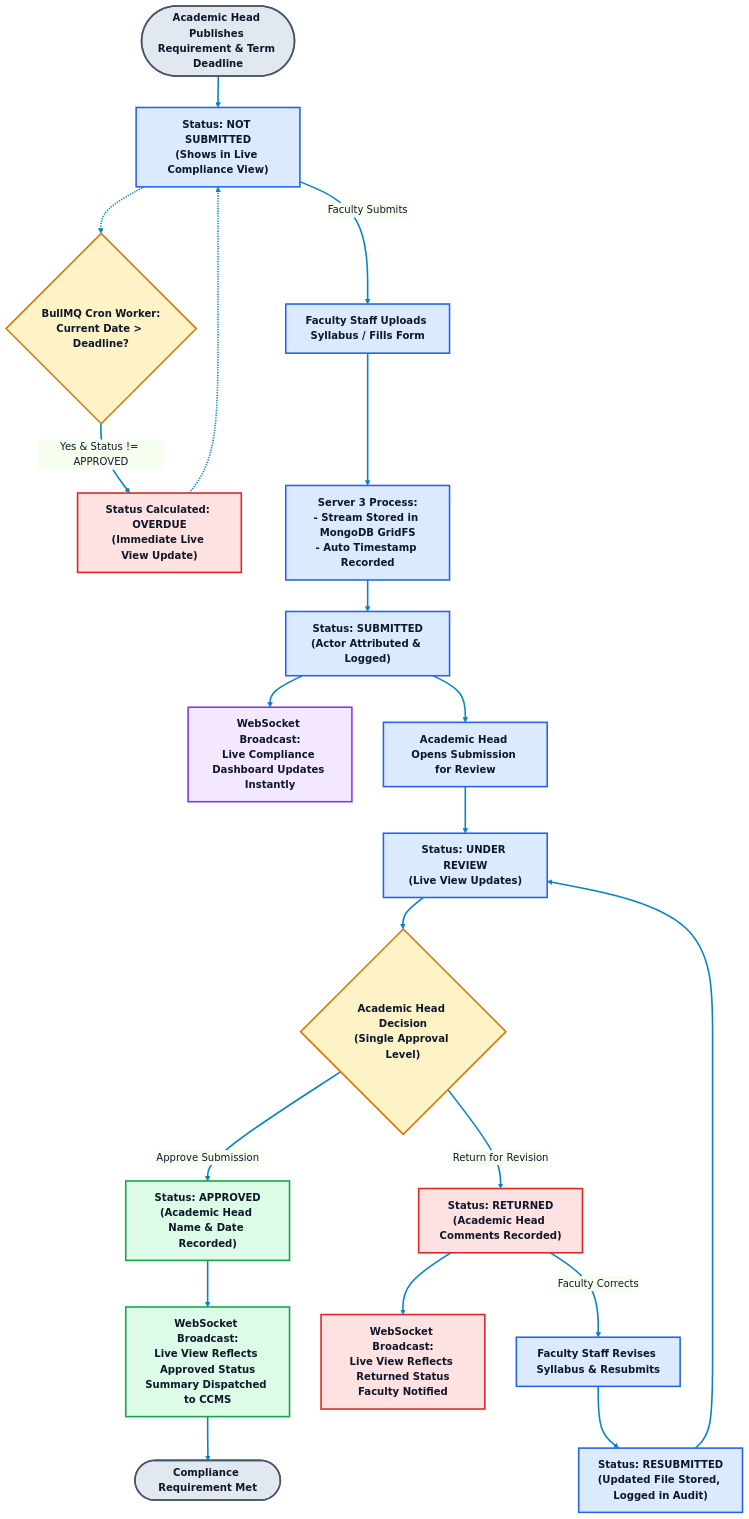
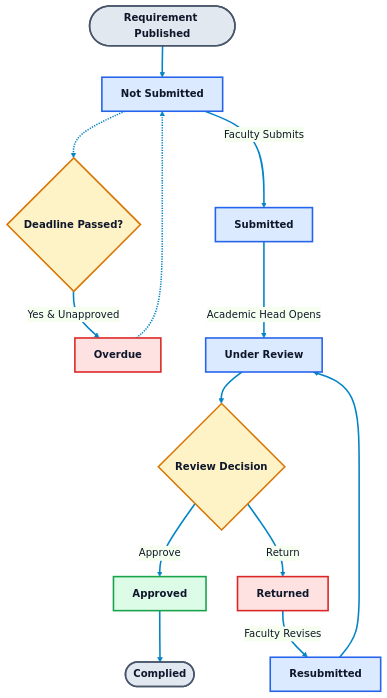
Before and after one commit to EducRodTablizo/Capstone-SCMS: the sixth of 7 diagrams in docs/system_architecture_and_diagrams.md, drawn with Mermaid. The commit also changed other lines of this file and 70 other files, not shown here.

````diff
--- a/docs/system_architecture_and_diagrams.md
+++ b/docs/system_architecture_and_diagrams.md
@@ -358,69 +354,39 @@
 ```mermaid
 %%{init: {'theme': 'base', 'themeVariables': { 'background': '#FFFFFF', 'primaryColor': '#EFF6FF', 'primaryTextColor': '#0F172A', 'primaryBorderColor': '#1E293B', 'lineColor': '#0284C7' }}}%%
 flowchart TD
     classDef startNode fill:#E2E8F0,stroke:#475569,stroke-width:2.5px,color:#0F172A,font-weight:bold;
     classDef stateNode fill:#DBEAFE,stroke:#2563EB,stroke-width:2.5px,color:#0F172A,font-weight:bold;
     classDef decNode fill:#FEF3C7,stroke:#D97706,stroke-width:2.5px,color:#0F172A,font-weight:bold;
     classDef successNode fill:#DCFCE7,stroke:#16A34A,stroke-width:2.5px,color:#0F172A,font-weight:bold;
     classDef returnNode fill:#FEE2E2,stroke:#DC2626,stroke-width:2.5px,color:#0F172A,font-weight:bold;
-    classDef liveNode fill:#F3E8FF,stroke:#7C3AED,stroke-width:2.5px,color:#0F172A,font-weight:bold;
 
-    Start([Academic Head Publishes Requirement & Term Deadline]):::startNode
-    NotSubmitted["Status: NOT SUBMITTED\n(Shows in Live Compliance View)"]:::stateNode
+    Start([Requirement Published]):::startNode
+    NotSubmitted["Not Submitted"]:::stateNode
     Start --> NotSubmitted
 
-    %% Overdue Check
-    CronCheck{"BullMQ Cron Worker:\nCurrent Date > Deadline?"}:::decNode
+    %% Overdue Timer Evaluation
+    CronCheck{"Deadline Passed?"}:::decNode
     NotSubmitted -.-> CronCheck
-    CronCheck -- "Yes & Status != APPROVED" --> FlagOverdue["Status Calculated: OVERDUE\n(Immediate Live View Update)"]:::returnNode
-    FlagOverdue -.-> NotSubmitted
+    CronCheck -- "Yes & Unapproved" --> Overdue["Overdue"]:::returnNode
+    Overdue -.-> NotSubmitted
 
-    %% Submission Action
-    FacultyUpload["Faculty Staff Uploads Syllabus / Fills Form"]:::stateNode
-    NotSubmitted -->|Faculty Submits| FacultyUpload
+    %% Submission Event
+    NotSubmitted -->|Faculty Submits| Submitted["Submitted"]:::stateNode
 
-    SaveSubmission["Server 3 Process:\n- Stream Stored in MongoDB GridFS\n- Auto Timestamp Recorded"]:::stateNode
-    FacultyUpload --> SaveSubmission
+    %% Academic Head Action
+    Submitted -->|Academic Head Opens| UnderReview["Under Review"]:::stateNode
 
-    Submitted["Status: SUBMITTED\n(Actor Attributed & Logged)"]:::stateNode
-    SaveSubmission --> Submitted
+    UnderReview --> DecisionNode{"Review Decision"}:::decNode
 
-    LiveSync1["WebSocket Broadcast:\nLive Compliance Dashboard Updates Instantly"]:::liveNode
-    Submitted --> LiveSync1
+    %% Approval Path
+    DecisionNode -- "Approve" --> Approved["Approved"]:::successNode
+    Approved --> EndSuccess([Complied]):::startNode
 
-    %% Review Process
-    HeadPicks["Academic Head Opens Submission for Review"]:::stateNode
-    Submitted --> HeadPicks
+    %% Return Path
+    DecisionNode -- "Return" --> Returned["Returned"]:::returnNode
 
-    UnderReview["Status: UNDER REVIEW\n(Live View Updates)"]:::stateNode
-    HeadPicks --> UnderReview
-
-    DecisionNode{"Academic Head Decision\n(Single Approval Level)"}:::decNode
-    UnderReview --> DecisionNode
-
-    %% Approved Branch
-    Approved["Status: APPROVED\n(Academic Head Name & Date Recorded)"]:::successNode
-    DecisionNode -- "Approve Submission" --> Approved
-
-    LiveSync2["WebSocket Broadcast:\nLive View Reflects Approved Status\nSummary Dispatched to CCMS"]:::successNode
-    Approved --> LiveSync2
-    EndSuccess([Compliance Requirement Met]):::startNode
-    LiveSync2 --> EndSuccess
-
-    %% Returned Branch
-    Returned["Status: RETURNED\n(Academic Head Comments Recorded)"]:::returnNode
-    DecisionNode -- "Return for Revision" --> Returned
-
-    LiveSync3["WebSocket Broadcast:\nLive View Reflects Returned Status\nFaculty Notified"]:::returnNode
-    Returned --> LiveSync3
-
-    %% Resubmission Loop
-    FacultyRevises["Faculty Staff Revises Syllabus & Resubmits"]:::stateNode
-    Returned -->|Faculty Corrects| FacultyRevises
-
-    Resubmitted["Status: RESUBMITTED\n(Updated File Stored, Logged in Audit)"]:::stateNode
-    FacultyRevises --> Resubmitted
+    Returned -->|Faculty Revises| Resubmitted["Resubmitted"]:::stateNode
     Resubmitted --> UnderReview
 
     linkStyle default stroke:#0284C7,stroke-width:2.5px;
 ```
````
